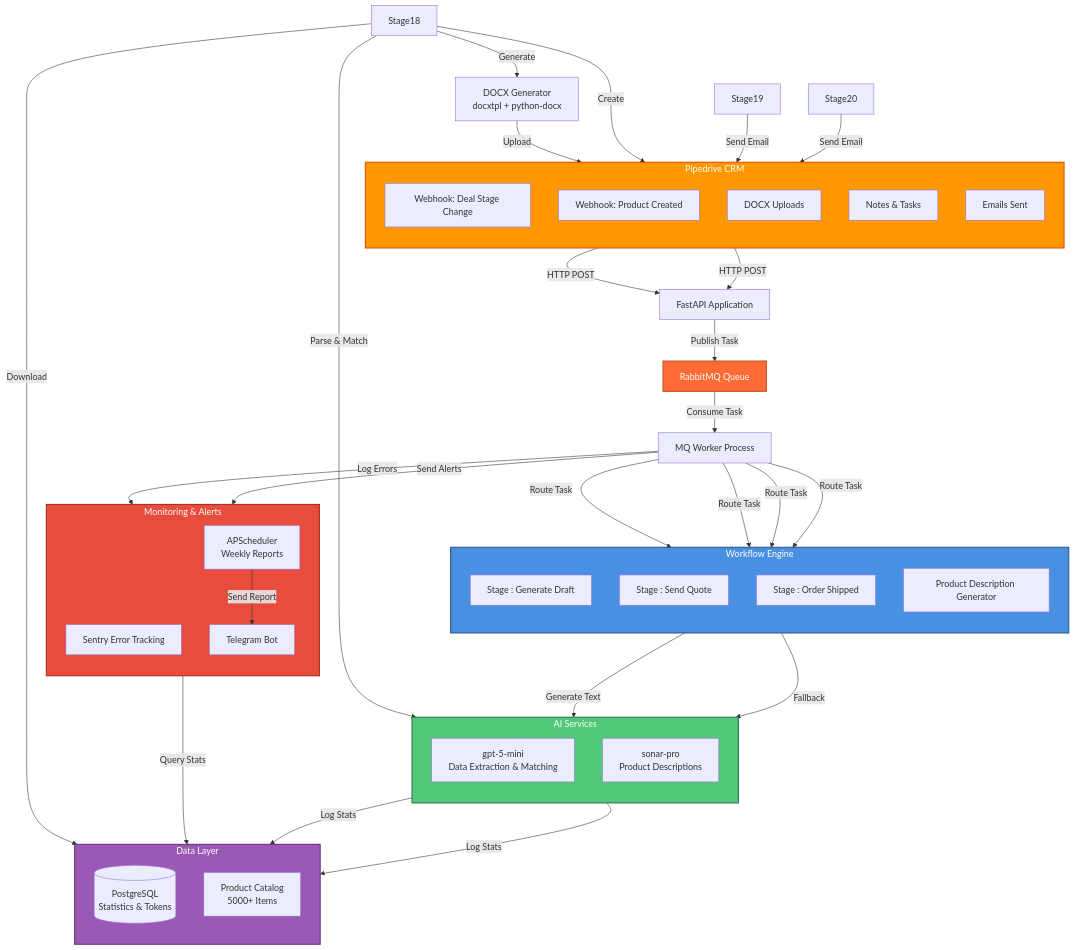
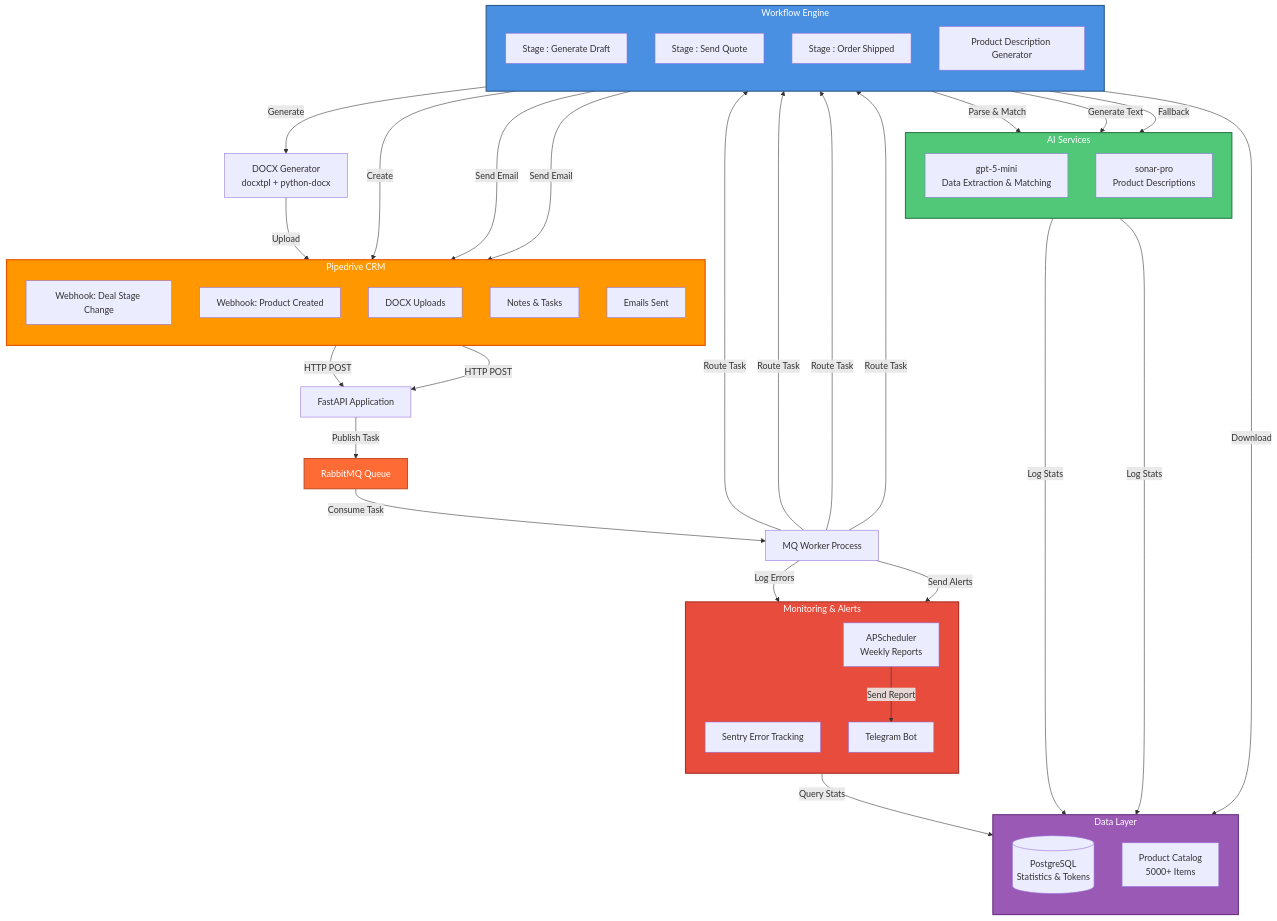
Before and after one commit to Oldoge/Python-CRM-Architecture: the diagram in README.md, drawn with Mermaid. The commit also changed other lines of this file, not shown here.

Commit message:
Update stage numbers and response codes in README

```diff
--- a/README.md
+++ b/README.md
@@ -310,7 +310,7 @@
         Perplexity[sonar-pro<br/>Product Descriptions]
     end
 
-    Stage18 -->|Parse & Match| GPT
+    Stage1 -->|Parse & Match| GPT
     DescGen -->|Generate Text| Perplexity
     DescGen -->|Fallback| GPT
 
@@ -321,12 +321,12 @@
         Catalog[Product Catalog<br/>5000+ Items]
     end
 
-    Stage18 -->|Download| Catalog
+    Stage1 -->|Download| Catalog
     GPT -->|Log Stats| PG
     Perplexity -->|Log Stats| PG
 
     %% Document Generation
-    Stage18 -->|Generate| DOCX[DOCX Generator<br/>docxtpl + python-docx]
+    Stage1 -->|Generate| DOCX[DOCX Generator<br/>docxtpl + python-docx]
     DOCX -->|Upload| Files
 
     %% Notifications & Monitoring
@@ -343,9 +343,9 @@
     Scheduler -->|Send Report| Telegram
 
     %% Outputs
-    Stage18 -->|Create| Notes
-    Stage19 -->|Send Email| Mail
-    Stage20 -->|Send Email| Mail
+    Stage1 -->|Create| Notes
+    Stage2 -->|Send Email| Mail
+    Stage3 -->|Send Email| Mail
 
     %% Styling
     style Processing fill:#4A90E2,stroke:#2E5C8A,stroke-width:2px,color:#fff
```
